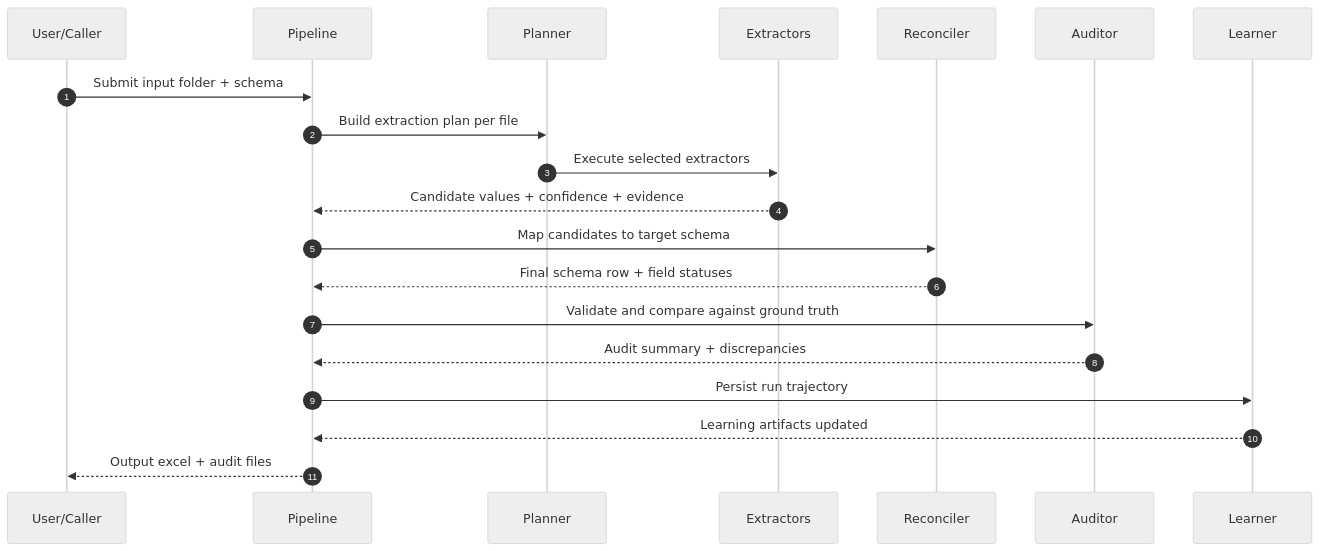
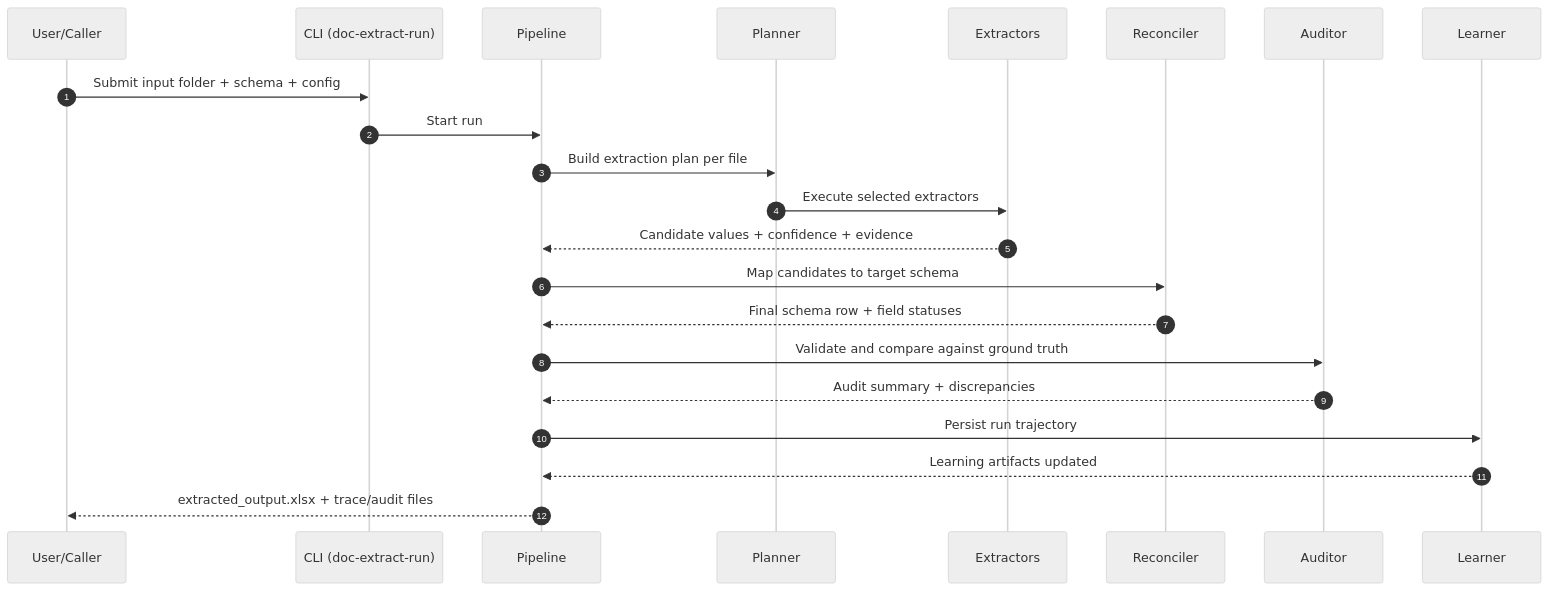
The first of 2 diagrams in docs/architecture.md (JDGrillo/extraction-iterator), drawn with Mermaid (neutral theme) before and after one commit. The commit also changed other lines of this file and 2 other files, not shown here.

````diff
--- a/docs/architecture.md
+++ b/docs/architecture.md
@@ -13,23 +20,25 @@
 ```mermaid
 sequenceDiagram
     autonumber
     participant U as User/Caller
+    participant C as CLI (doc-extract-run)
     participant P as Pipeline
     participant L as Planner
     participant X as Extractors
     participant R as Reconciler
     participant A as Auditor
     participant M as Learner
 
-    U->>P: Submit input folder + schema
+    U->>C: Submit input folder + schema + config
+    C->>P: Start run
     P->>L: Build extraction plan per file
     L->>X: Execute selected extractors
     X-->>P: Candidate values + confidence + evidence
     P->>R: Map candidates to target schema
     R-->>P: Final schema row + field statuses
     P->>A: Validate and compare against ground truth
     A-->>P: Audit summary + discrepancies
     P->>M: Persist run trajectory
     M-->>P: Learning artifacts updated
-    P-->>U: Output excel + audit files
+    P-->>U: extracted_output.xlsx + trace/audit files
 ```
````
